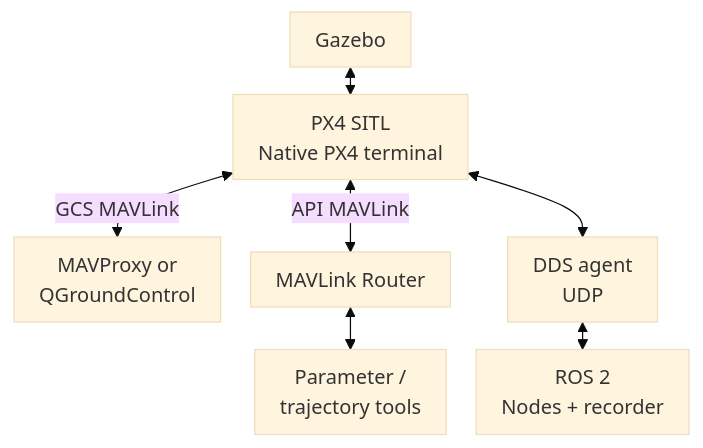
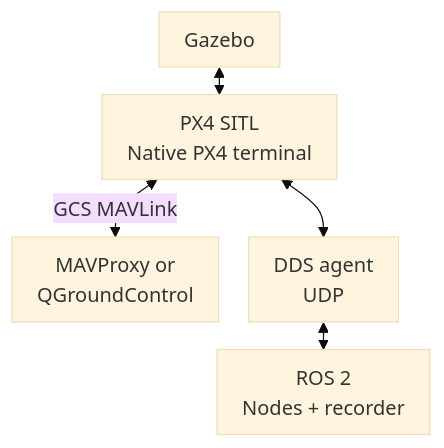
One commit to ANCL/px4-dev-toolkit changed the diagram in docs/operations/sitl.md. Above: the diagram before and after it, drawn with Mermaid (base theme). The commit also changed other lines of this file and 22 other files, not shown here.

````diff
--- a/docs/operations/sitl.md
+++ b/docs/operations/sitl.md
@@ -18,18 +18,16 @@
 ```mermaid
 ---
 config:
   flowchart:
     useMaxWidth: true
     wrappingWidth: 180
     padding: 10
     rankSpacing: 22
     nodeSpacing: 24
 ---
 flowchart TB
     G["Gazebo"] <--> P["PX4 SITL<br/>Native PX4 terminal"]
     P <-->|GCS MAVLink| M["MAVProxy or<br/>QGroundControl"]
-    P <-->|API MAVLink| MR["MAVLink Router"]
-    MR <--> T["Parameter /<br/>trajectory tools"]
     P <--> X["DDS agent<br/>UDP"]
     X <--> R["ROS 2<br/>Nodes + recorder"]
 ```
````
